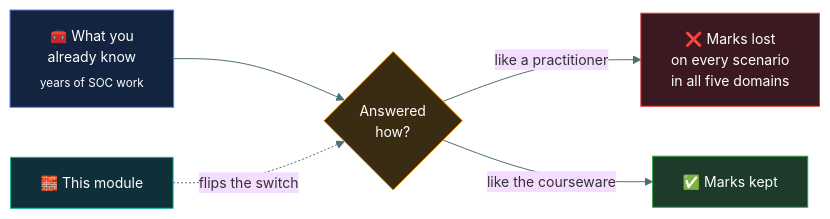
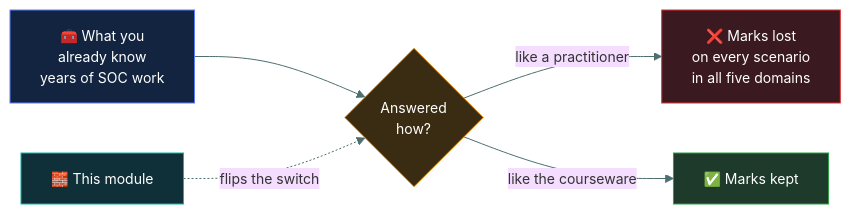
The diagram in 00-foundations/README.md (tarunTejaDesireddy/cc-exam-prep), drawn with Mermaid before and after one commit. The commit also changed 15 other files, not shown here.

First line of the commit message:
Fix clipped mermaid labels repo-wide; add privacy topic

````diff
--- a/00-foundations/README.md
+++ b/00-foundations/README.md
@@ -73,14 +73,14 @@
 ```mermaid
 %%{init: {'theme':'base','themeVariables':{'fontSize':'14px','lineColor':'#4d6f6e','textColor':'#dbe7e6'}}}%%
 flowchart LR
-    K["🧰 What you<br/>already know<br/><sub>years of SOC work</sub>"] --> G{"Answered<br/>how?"}
+    K["🧰 What you<br/>already know<br/>years of SOC work"] --> G{"Answered<br/>how?"}
     G -->|"like a practitioner"| L["❌ Marks lost<br/>on every scenario<br/>in all five domains"]
     G -->|"like the courseware"| W["✅ Marks kept"]
     F["🧱 This module"] -.->|"flips the switch"| G
 
     style K fill:#12243f,stroke:#5C7CFA,color:#fff
     style G fill:#3a2c12,stroke:#F08C00,color:#fff
     style L fill:#3a1a20,stroke:#E03131,color:#fff
     style W fill:#1d3a2a,stroke:#2F9E44,color:#fff
     style F fill:#0f3038,stroke:#12B5A5,color:#fff
 ```
````
